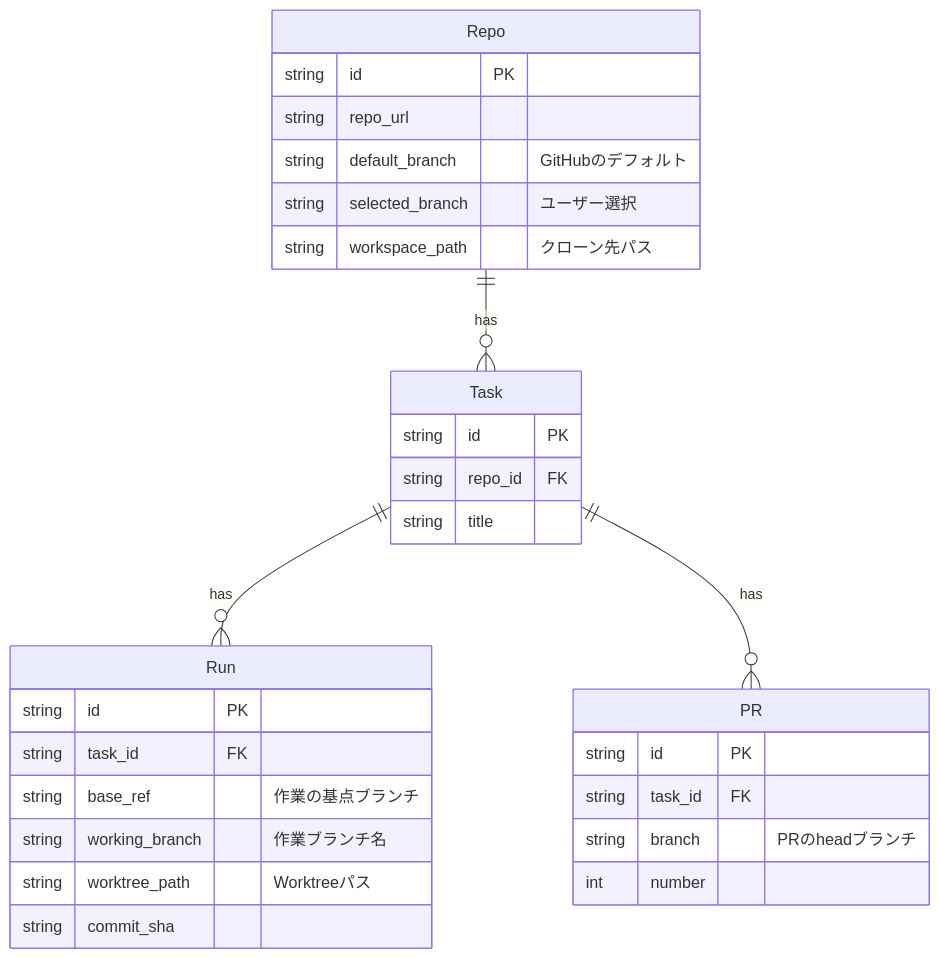
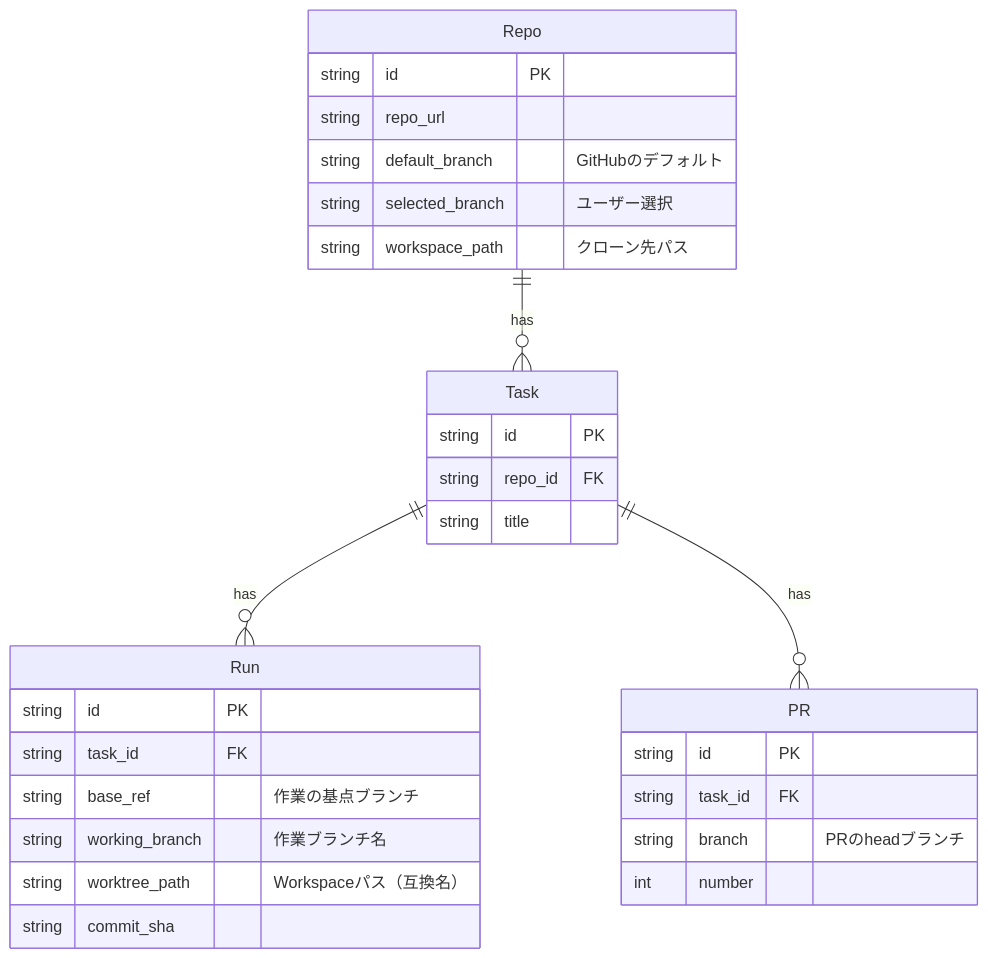
Before and after one commit to hampen2929/zloth: the second of 7 diagrams in docs/branch_worktree.md, drawn with Mermaid. The commit also changed other lines of this file and 3 other files, not shown here.

````diff
--- a/docs/branch_worktree.md
+++ b/docs/branch_worktree.md
@@ -34,36 +37,36 @@
 ```mermaid
 erDiagram
     Repo ||--o{ Task : "has"
     Task ||--o{ Run : "has"
     Task ||--o{ PR : "has"
 
     Repo {
         string id PK
         string repo_url
         string default_branch "GitHubのデフォルト"
         string selected_branch "ユーザー選択"
         string workspace_path "クローン先パス"
     }
 
     Task {
         string id PK
         string repo_id FK
         string title
     }
 
     Run {
         string id PK
         string task_id FK
         string base_ref "作業の基点ブランチ"
         string working_branch "作業ブランチ名"
-        string worktree_path "Worktreeパス"
+        string worktree_path "Workspaceパス（互換名）"
         string commit_sha
     }
 
     PR {
         string id PK
         string task_id FK
         string branch "PRのheadブランチ"
         int number
     }
 ```
````
